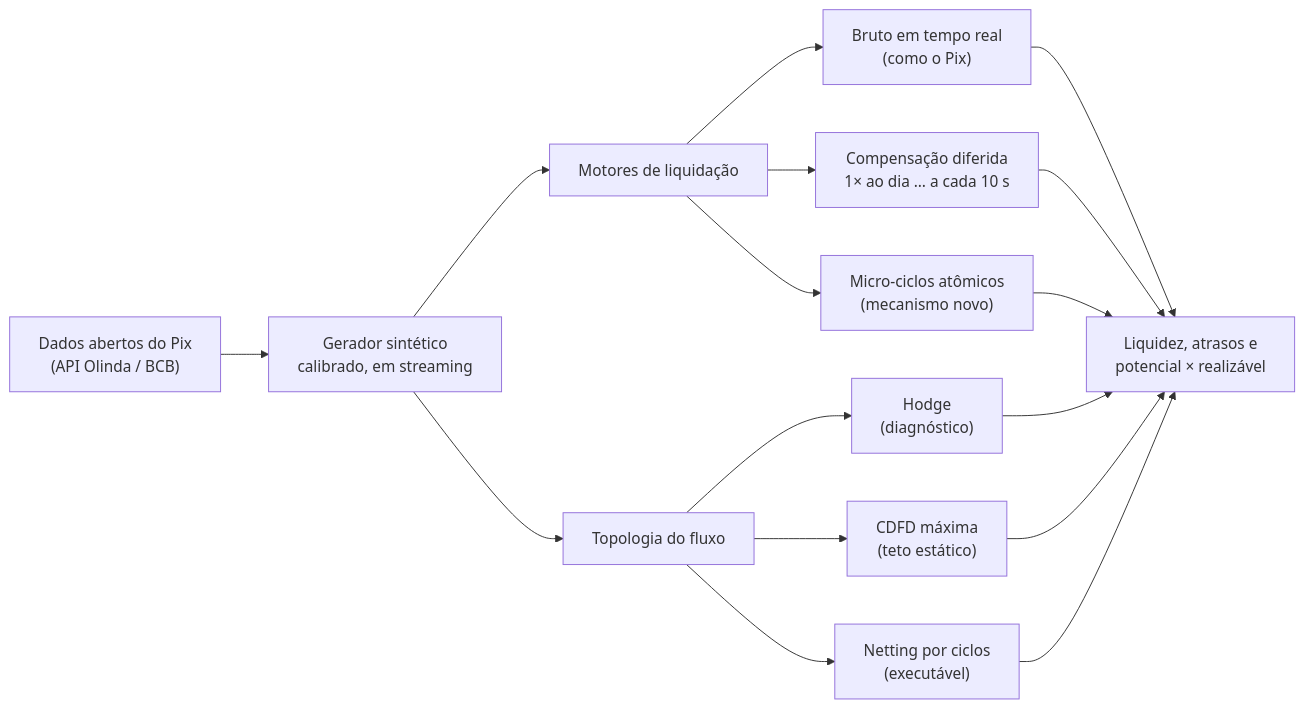
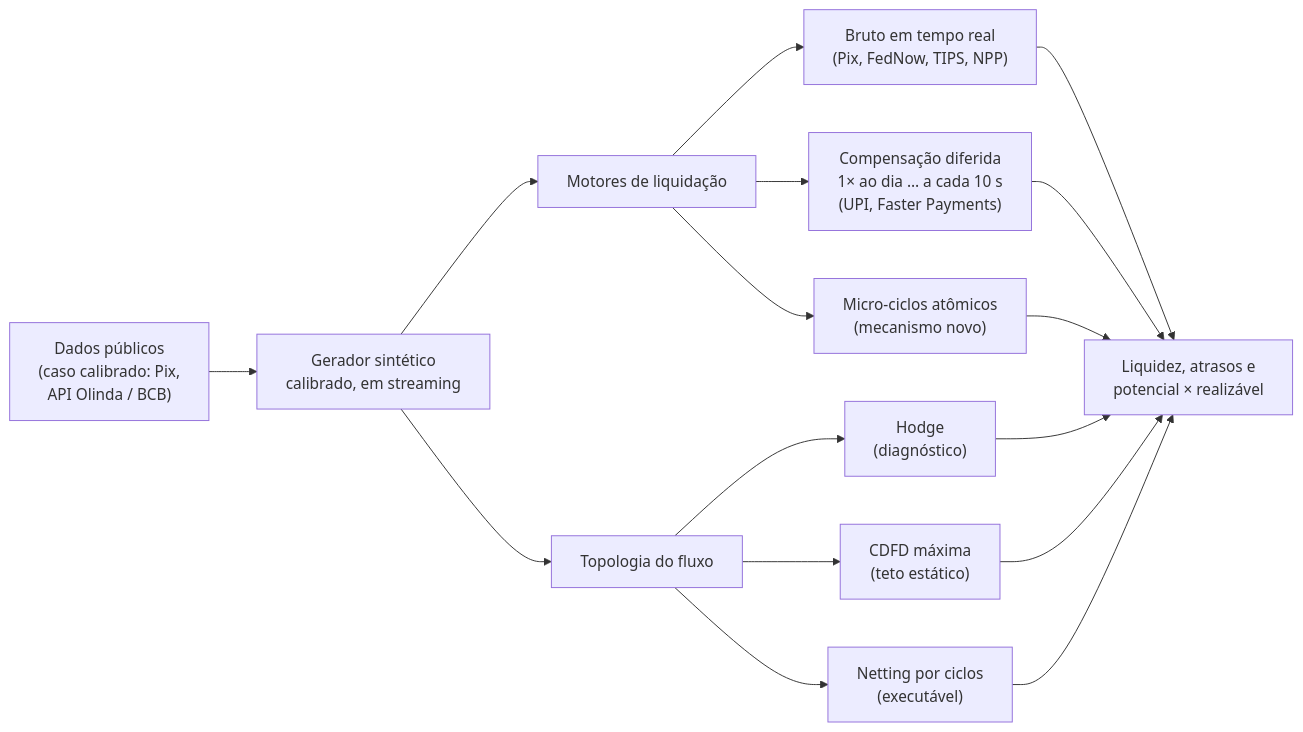
Before and after one commit to fabiodrneles/loopsettle: the first of 2 diagrams in README.md, drawn with Mermaid. The commit also changed other lines of this file and 12 other files, not shown here.

First line of the commit message:
docs: present LoopSettle as a study of instant payments (Pix as the calibrated case)

````diff
--- a/README.md
+++ b/README.md
@@ -163,14 +172,14 @@
 ```mermaid
 flowchart LR
-  A["Dados abertos do Pix<br/>(API Olinda / BCB)"] --> B["Gerador sintético<br/>calibrado, em streaming"]
+  A["Dados públicos<br/>(caso calibrado: Pix,<br/>API Olinda / BCB)"] --> B["Gerador sintético<br/>calibrado, em streaming"]
   B --> C["Motores de liquidação"]
-  C --> C1["Bruto em tempo real<br/>(como o Pix)"]
-  C --> C2["Compensação diferida<br/>1× ao dia … a cada 10 s"]
+  C --> C1["Bruto em tempo real<br/>(Pix, FedNow, TIPS, NPP)"]
+  C --> C2["Compensação diferida<br/>1× ao dia … a cada 10 s<br/>(UPI, Faster Payments)"]
   C --> C3["Micro-ciclos atômicos<br/>(mecanismo novo)"]
   B --> D["Topologia do fluxo"]
   D --> D1["Hodge<br/>(diagnóstico)"]
   D --> D2["CDFD máxima<br/>(teto estático)"]
   D --> D3["Netting por ciclos<br/>(executável)"]
   C1 & C2 & C3 --> E["Liquidez, atrasos e<br/>potencial × realizável"]
   D1 & D2 & D3 --> E
 ```
````
